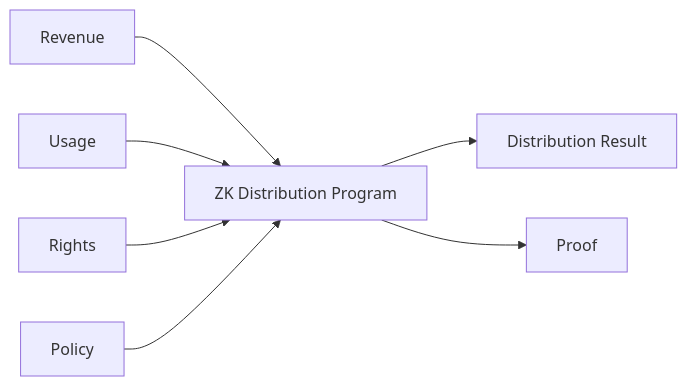
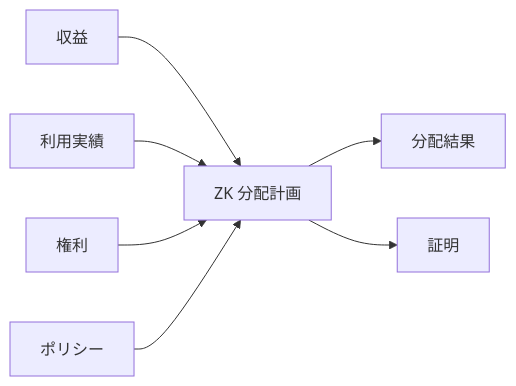
The second of 3 diagrams in docs/adr/ADR-0006-zero-knowledge-proof-strategy.md (ShigeichiroYamasaki/creator-first-platform), drawn with Mermaid before and after one commit. The commit also changed other lines of this file and 72 other files, not shown here.

````diff
--- a/docs/adr/ADR-0006-zero-knowledge-proof-strategy.md
+++ b/docs/adr/ADR-0006-zero-knowledge-proof-strategy.md
@@ -376,17 +376,17 @@
 ```mermaid
 flowchart LR
-    R[Revenue]
-    U[Usage]
-    G[Rights]
-    P[Policy]
-    ZK[ZK Distribution Program]
-    D[Distribution Result]
-    PROOF[Proof]
+    R[収益]
+    U[利用実績]
+    G[権利]
+    P[ポリシー]
+    ZK[ZK 分配計画]
+    D[分配結果]
+    PROOF[証明]
 
     R --> ZK
     U --> ZK
     G --> ZK
     P --> ZK
     ZK --> D
     ZK --> PROOF
 ```
````
